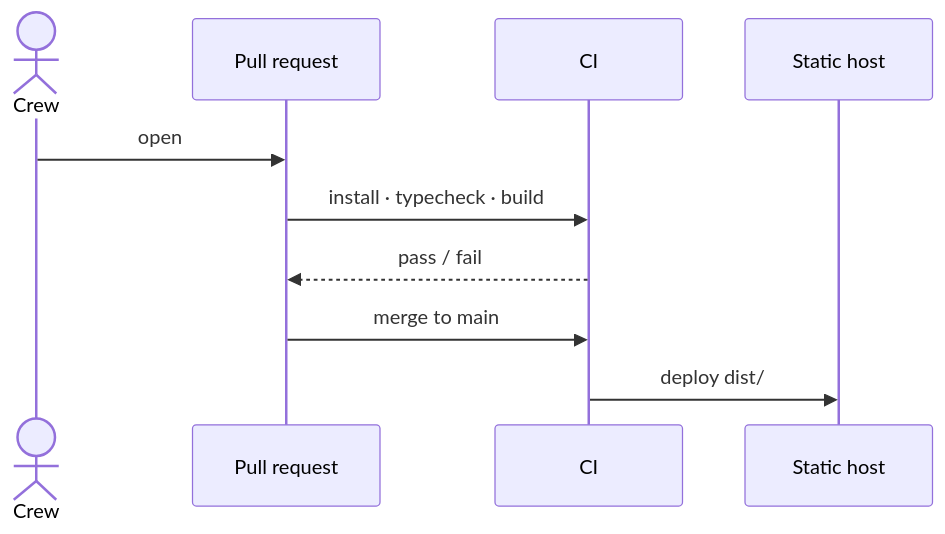
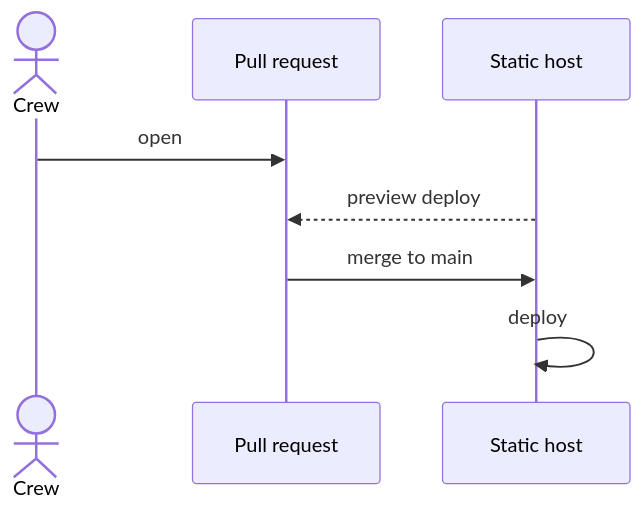
The second of 2 diagrams in docs/ARCHITECTURE.md (order-332/web), drawn with Mermaid before and after one commit. The commit also changed other lines of this file and 1 other file, not shown here.

Commit message:
Reduce architecture to a single static page

````diff
--- a/docs/ARCHITECTURE.md
+++ b/docs/ARCHITECTURE.md
@@ -67,13 +46,11 @@
 ```mermaid
 sequenceDiagram
   actor Dev as Crew
   participant PR as Pull request
-  participant CI
   participant Host as Static host
 
   Dev->>PR: open
-  PR->>CI: install · typecheck · build
-  CI-->>PR: pass / fail
-  PR->>CI: merge to main
-  CI->>Host: deploy dist/
+  Host-->>PR: preview deploy
+  PR->>Host: merge to main
+  Host->>Host: deploy
 ```
````
